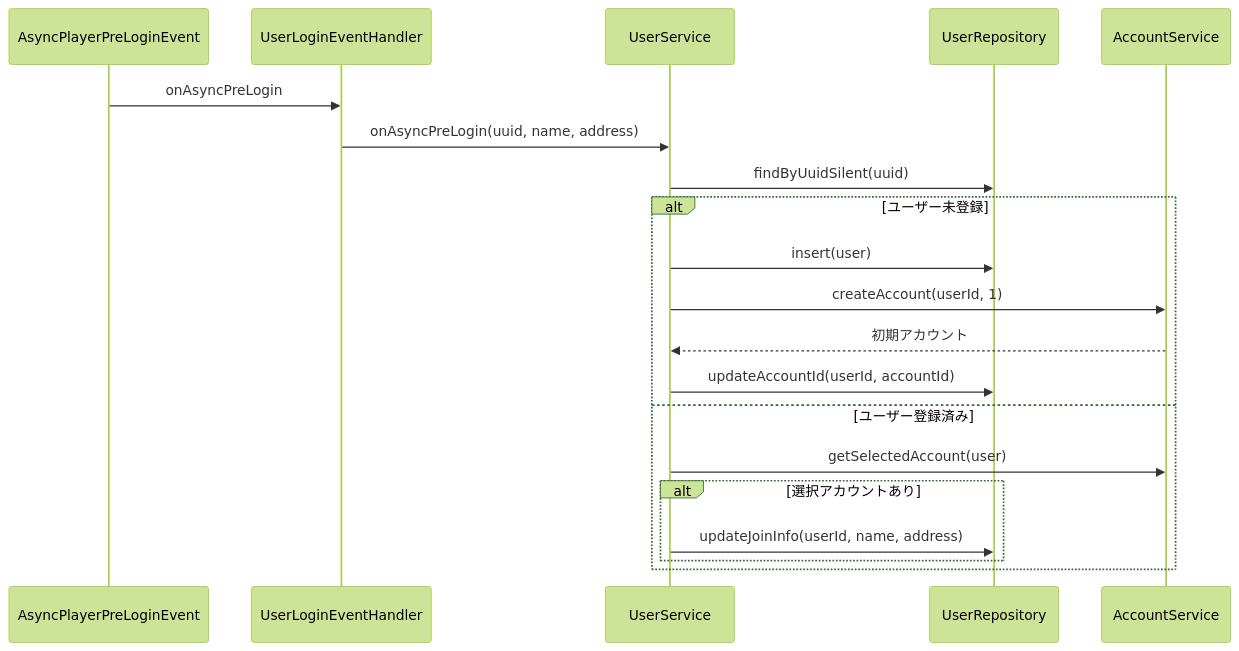
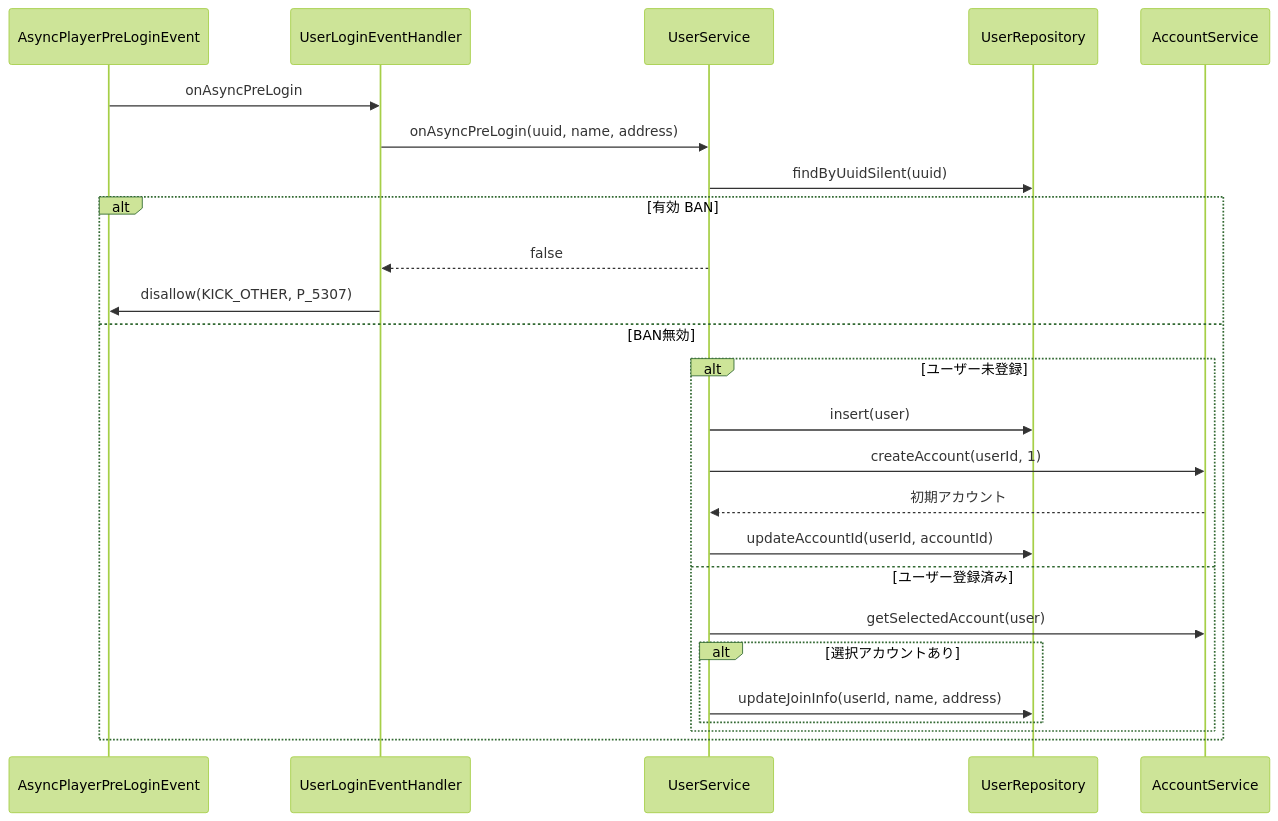
The first of 3 diagrams in 00_docs/10_Plugin設計書/feature/01-user/01_4-統合フロー.md (maaasu/AstralRecord-Workspace), drawn with Mermaid (forest theme) before and after one commit. The commit also changed other lines of this file and 38 other files, not shown here.

````diff
--- a/00_docs/10_Plugin設計書/feature/01-user/01_4-統合フロー.md
+++ b/00_docs/10_Plugin設計書/feature/01-user/01_4-統合フロー.md
@@ -7,23 +7,28 @@
 ```mermaid
 sequenceDiagram
     participant EVT as AsyncPlayerPreLoginEvent
     participant H as UserLoginEventHandler
     participant S as UserService
     participant UR as UserRepository
     participant AS as AccountService
 
     EVT->>H: onAsyncPreLogin
     H->>S: onAsyncPreLogin(uuid, name, address)
     S->>UR: findByUuidSilent(uuid)
+    alt 有効 BAN
+        S-->>H: false
+        H->>EVT: disallow(KICK_OTHER, P_5307)
+    else BAN無効
     alt ユーザー未登録
         S->>UR: insert(user)
         S->>AS: createAccount(userId, 1)
         AS-->>S: 初期アカウント
         S->>UR: updateAccountId(userId, accountId)
     else ユーザー登録済み
         S->>AS: getSelectedAccount(user)
         alt 選択アカウントあり
             S->>UR: updateJoinInfo(userId, name, address)
         end
     end
+    end
 ```
````
